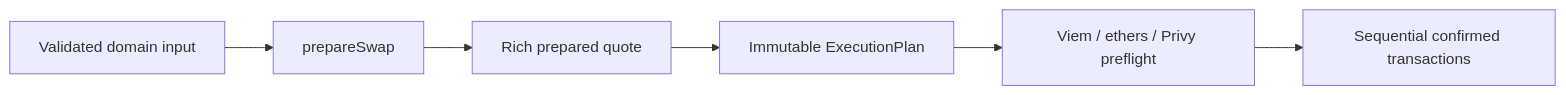
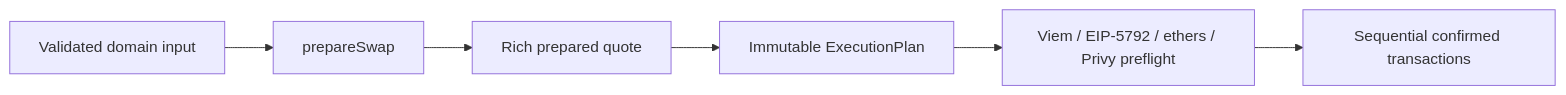
Before and after one commit to osero-io/kit: the diagram in README.md, drawn with Mermaid. The commit also changed other lines of this file and 4 other files, not shown here.

````diff
--- a/README.md
+++ b/README.md
@@ -7,8 +7,8 @@
 ```mermaid
 graph LR
   A[Validated domain input] --> B[prepareSwap]
   B --> C[Rich prepared quote]
   C --> D[Immutable ExecutionPlan]
-  D --> E[Viem / ethers / Privy preflight]
+  D --> E[Viem / EIP-5792 / ethers / Privy preflight]
   E --> F[Sequential confirmed transactions]
 ```
````
